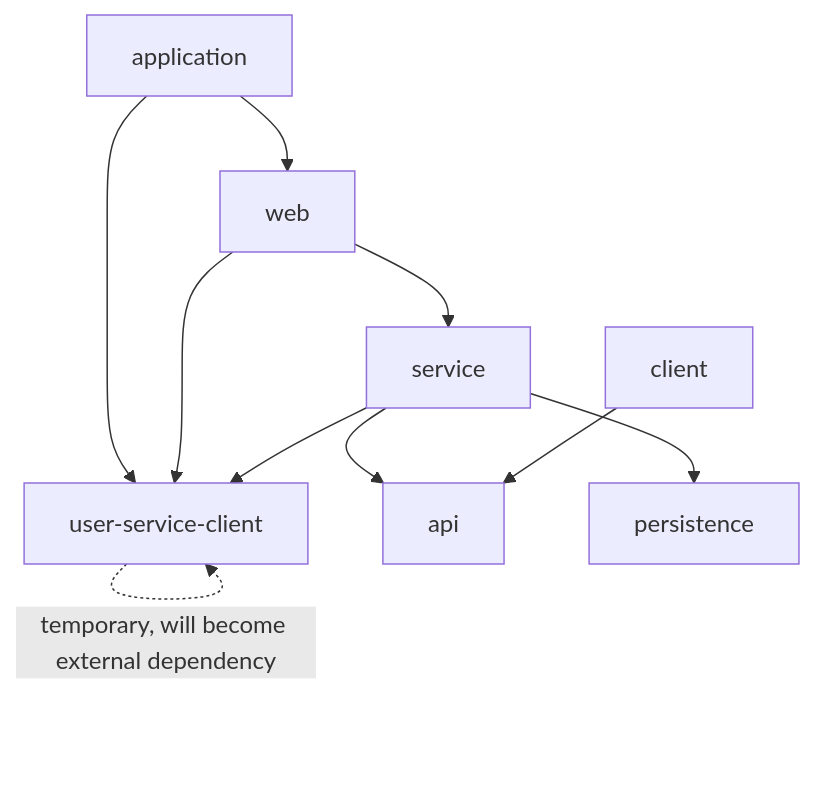
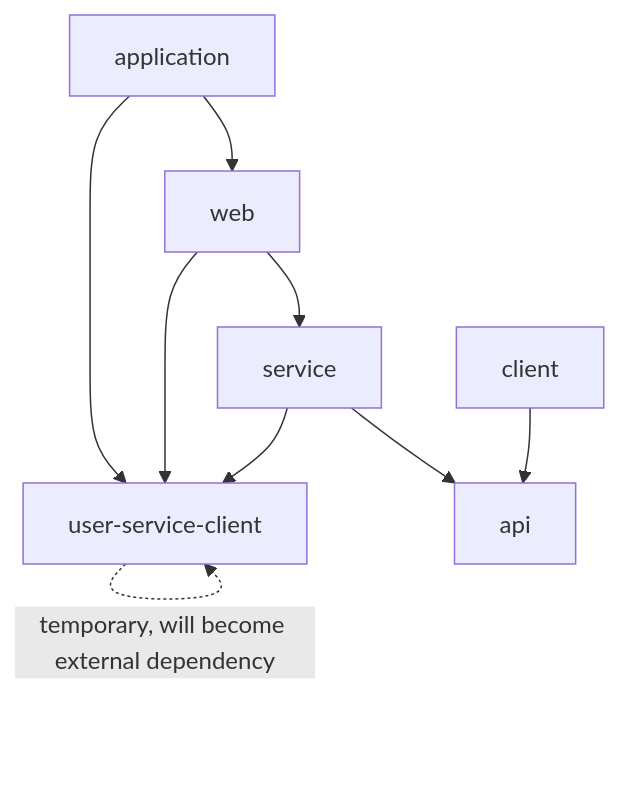
The first of 2 diagrams in .cursor/plans/simple_auth_service_4a9242f3.plan.md (Yg0R2/cursor-example-projects), drawn with Mermaid before and after one commit. The commit also changed other lines of this file, not shown here.

Commit message:
ai(plan): basic Spring authentication - remove persistence

````diff
--- a/.cursor/plans/simple_auth_service_4a9242f3.plan.md
+++ b/.cursor/plans/simple_auth_service_4a9242f3.plan.md
@@ -41,12 +38,11 @@
 ```mermaid
 graph TD
     App[application] --> Web[web]
     App --> UserClient[user-service-client]
     Web --> Svc[service]
     Web --> UserClient
     Svc --> Api[api]
-    Svc --> Persistence[persistence]
     Svc --> UserClient
     Client[client] --> Api
     UserClient -.->|"temporary, will become external dependency"| UserClient
 ```
````
